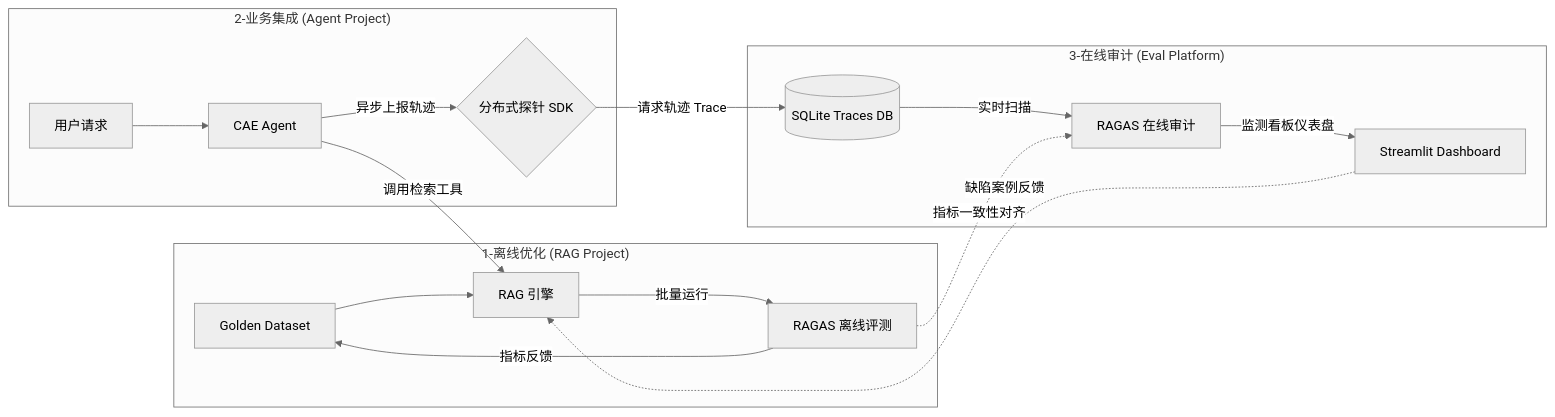
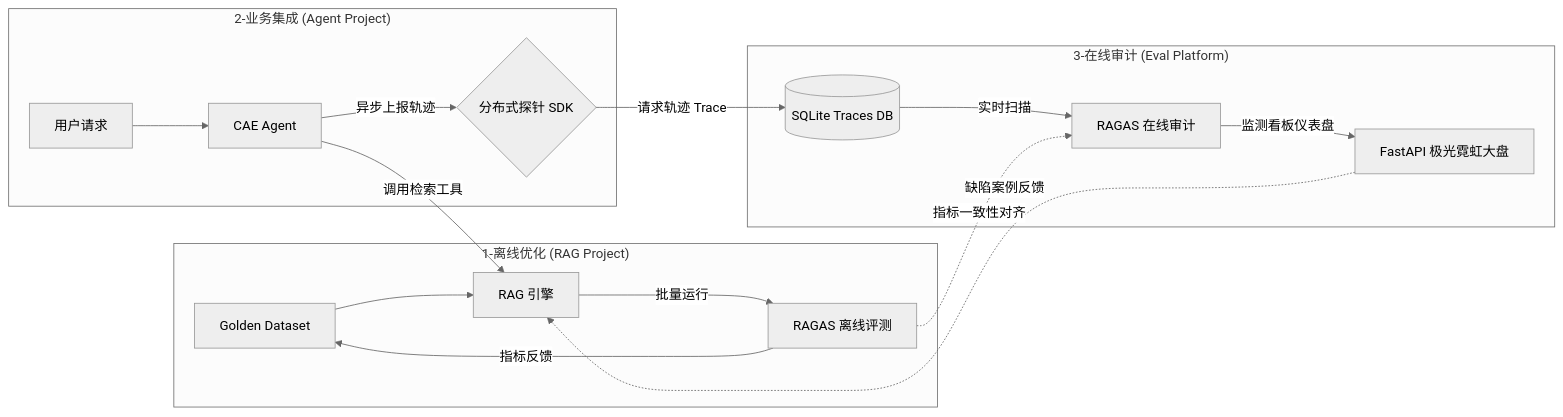
Before and after one commit to aohanao/My-job: the first of 5 diagrams in CAE_Eval_Platform/README.md, drawn with Mermaid (neutral theme). The commit also changed other lines of this file and 45 other files, not shown here.

````diff
--- a/CAE_Eval_Platform/README.md
+++ b/CAE_Eval_Platform/README.md
@@ -31,23 +33,23 @@
 ```mermaid
 graph LR
     subgraph "1-离线优化 (RAG Project)"
         A[Golden Dataset] --> B[RAG 引擎]
         B -- 批量运行 --> C[RAGAS 离线评测]
         C -- 指标反馈 --> A
     end
 
     subgraph "2-业务集成 (Agent Project)"
         D[用户请求] --> E[CAE Agent]
         E -- 调用检索工具 --> B
         E -- 异步上报轨迹 --> G{分布式探针 SDK}
     end
 
     subgraph "3-在线审计 (Eval Platform)"
         G -- 请求轨迹 Trace --> H[(SQLite Traces DB)]
         H -- 实时扫描 --> I[RAGAS 在线审计]
-        I -- 监测看板仪表盘 --> J[Streamlit Dashboard]
+        I -- 监测看板仪表盘 --> J[FastAPI 极光霓虹大盘]
     end
 
     C -.->|指标一致性对齐| I
     J -.->|缺陷案例反馈| B
 ```
````
